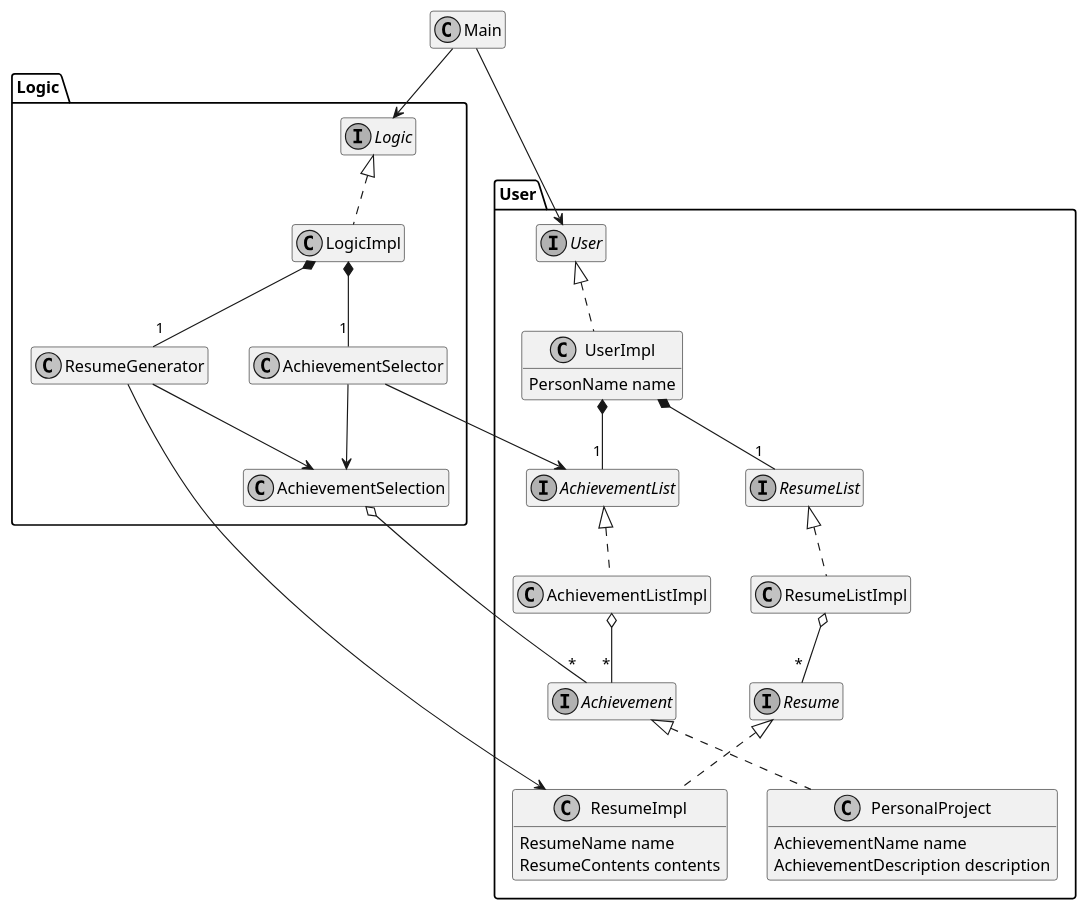
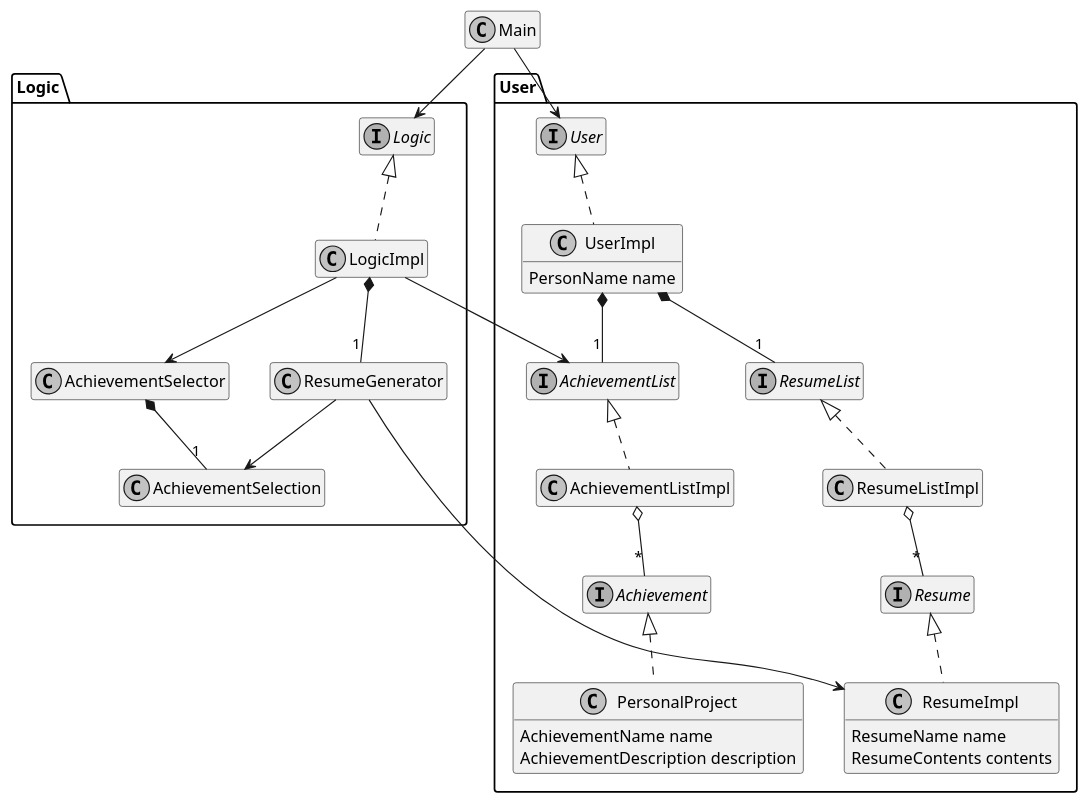
The diagram in docs/diagrams/BackendClassDiagram.puml (marckysan/ResuMe), drawn with PlantUML before and after one commit. The commit also changed 10 other files, not shown here.

Commit message:
Implement selection of achievement indices

```diff
--- a/docs/diagrams/BackendClassDiagram.puml
+++ b/docs/diagrams/BackendClassDiagram.puml
@@ -1,64 +1,63 @@
 @startuml
 
 skinparam monochrome true
 hide empty members
 
 class Main
 Main --> Logic.Logic
 Main --> User.User
 
 namespace Logic {
 
 interface Logic
 class LogicImpl
 Logic <|.. LogicImpl
 
 class ResumeGenerator
 class AchievementSelector
 LogicImpl *-- "1" ResumeGenerator
-LogicImpl *-- "1" AchievementSelector
+LogicImpl --> AchievementSelector
+LogicImpl --> User.AchievementList
 
 class AchievementSelection
-AchievementSelector --> AchievementSelection
-AchievementSelector --> User.AchievementList
-AchievementSelection o-- "*" User.Achievement
+AchievementSelector *-- "1" AchievementSelection
 
 ResumeGenerator --> AchievementSelection
 ResumeGenerator --> User.ResumeImpl
 }
 
 namespace User {
 
 interface User
 class UserImpl {
     PersonName name
 }
 User <|.. UserImpl
 UserImpl *-- "1" AchievementList
 UserImpl *-- "1" ResumeList
 
 interface Achievement
 class PersonalProject {
     AchievementName name
     AchievementDescription description
 }
 interface AchievementList
 class AchievementListImpl
 Achievement <|.. PersonalProject
 AchievementList <|.. AchievementListImpl
 AchievementListImpl o-- "*" Achievement
 
 interface Resume
 class ResumeImpl {
     ResumeName name
     ResumeContents contents
 }
 interface ResumeList
 class ResumeListImpl
 Resume <|.. ResumeImpl
 ResumeList <|.. ResumeListImpl
 ResumeListImpl o-- "*" Resume
 
 }
 
 @enduml
```
